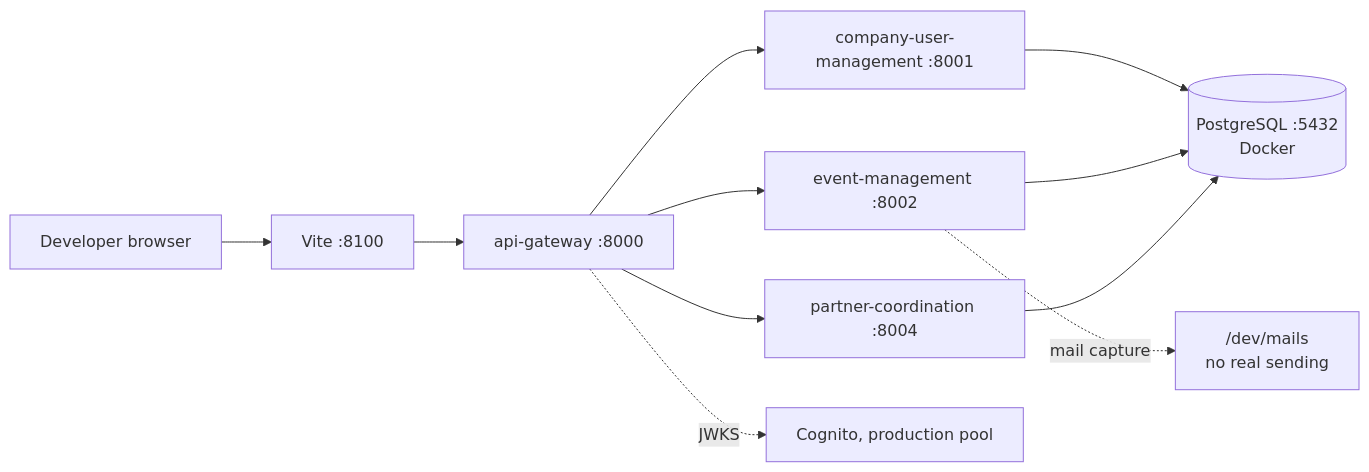
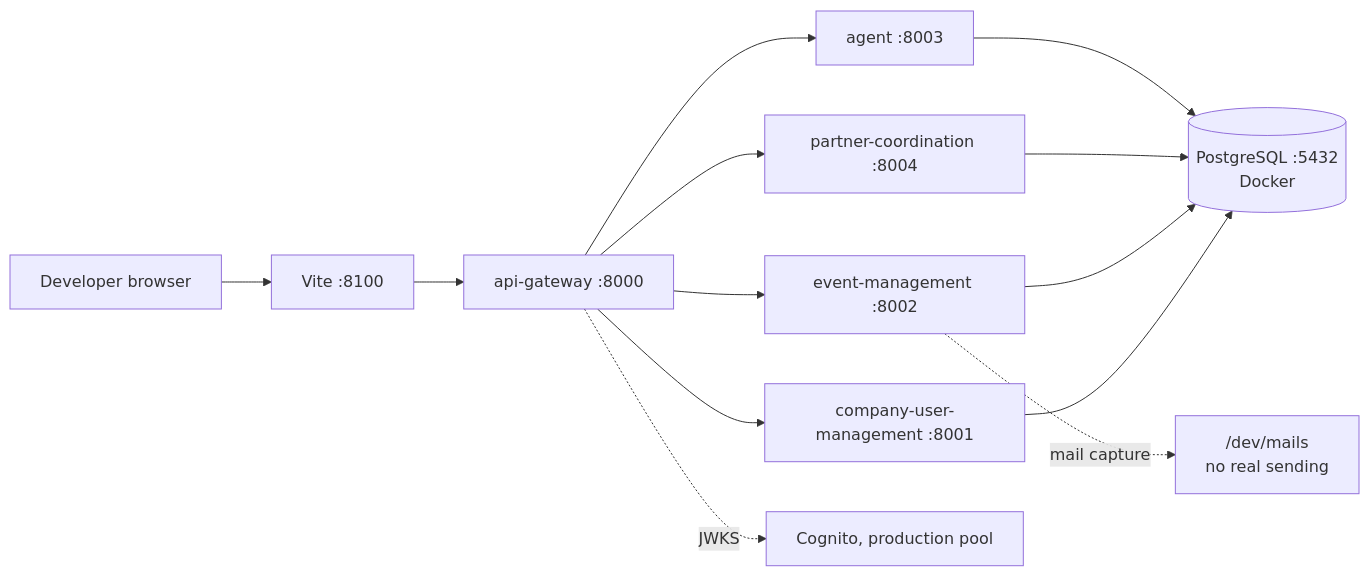
Before and after one commit to nissimbuchs/BATbern2: the fifth of 26 diagrams in docs/architecture/02-infrastructure-deployment.md, drawn with Mermaid. The commit also changed other lines of this file and 351 other files, not shown here.

````diff
--- a/docs/architecture/02-infrastructure-deployment.md
+++ b/docs/architecture/02-infrastructure-deployment.md
@@ -240,11 +241,12 @@
 ```mermaid
 graph LR
     DEVR["Developer browser"] --> FE["Vite :8100"]
     FE --> GW["api-gateway :8000"]
     GW --> CUMS["company-user-management :8001"]
     GW --> EMS["event-management :8002"]
+    GW --> AGENT["agent :8003"]
     GW --> PCS["partner-coordination :8004"]
-    CUMS & EMS & PCS --> PG[("PostgreSQL :5432<br/>Docker")]
+    CUMS & EMS & PCS & AGENT --> PG[("PostgreSQL :5432<br/>Docker")]
     EMS -.->|"mail capture"| MAILS["/dev/mails<br/>no real sending"]
     GW -.->|"JWKS"| COG["Cognito, production pool"]
 ```
````
